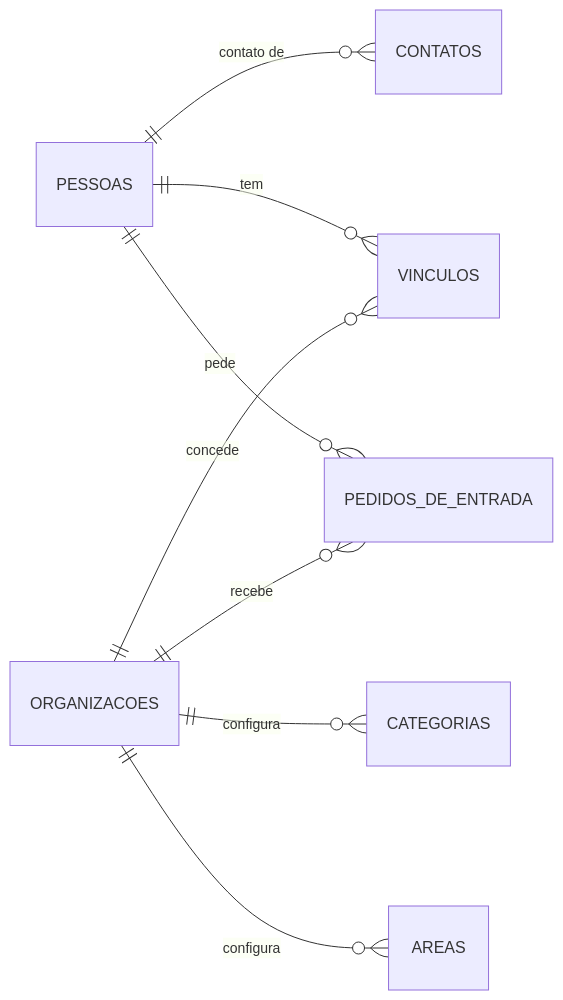
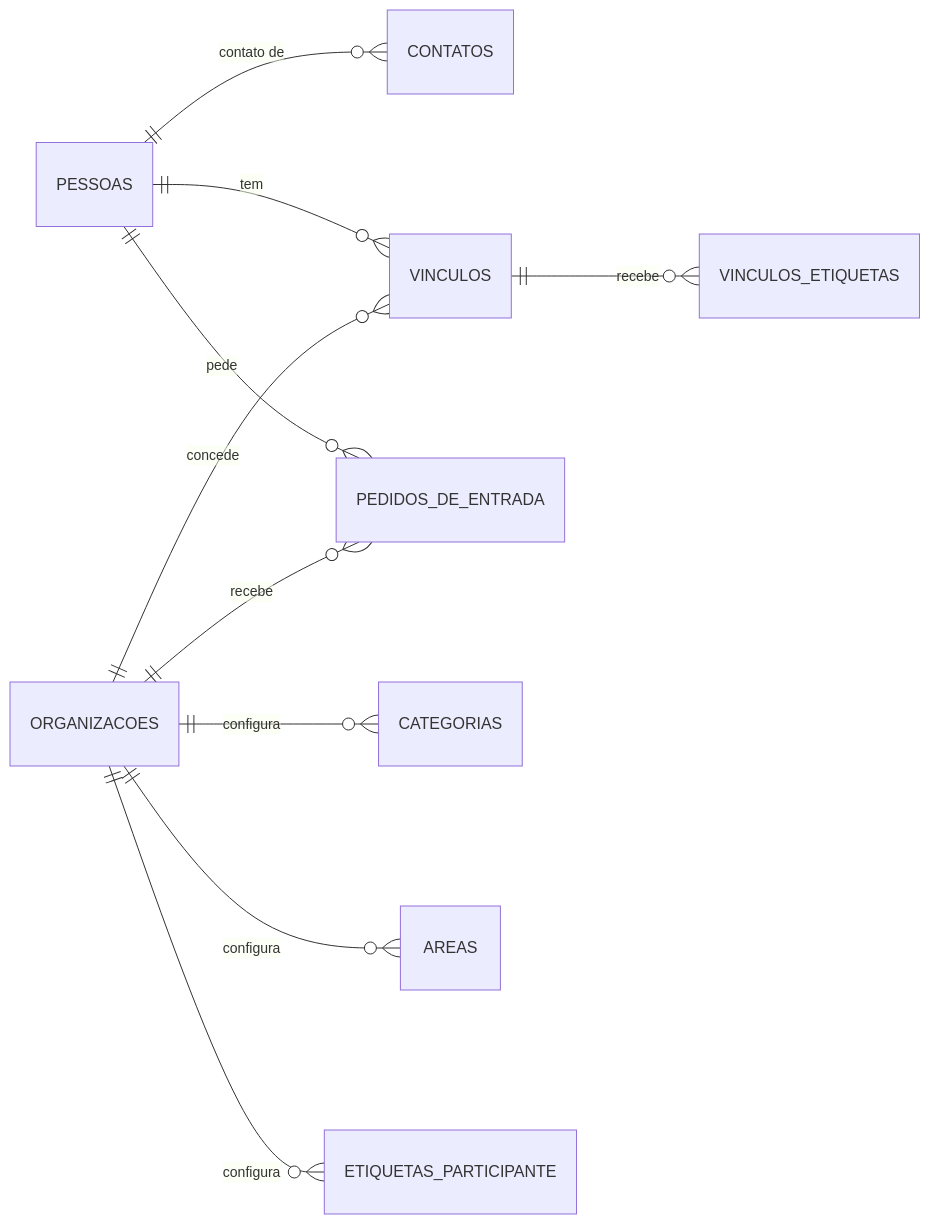
The first of 2 diagrams in docs/banco-de-dados.md (natanjunior/8FSDT-Hackathon), drawn with Mermaid before and after one commit. The commit also changed other lines of this file and 6 other files, not shown here.

````diff
--- a/docs/banco-de-dados.md
+++ b/docs/banco-de-dados.md
@@ -36,11 +38,13 @@
 ```mermaid
 erDiagram
     direction LR
     PESSOAS ||--o{ CONTATOS : "contato de"
     PESSOAS ||--o{ VINCULOS : "tem"
     PESSOAS ||--o{ PEDIDOS_DE_ENTRADA : "pede"
     ORGANIZACOES ||--o{ VINCULOS : "concede"
     ORGANIZACOES ||--o{ PEDIDOS_DE_ENTRADA : "recebe"
     ORGANIZACOES ||--o{ CATEGORIAS : "configura"
     ORGANIZACOES ||--o{ AREAS : "configura"
+    ORGANIZACOES ||--o{ ETIQUETAS_PARTICIPANTE : "configura"
+    VINCULOS ||--o{ VINCULOS_ETIQUETAS : "recebe"
 ```
````
